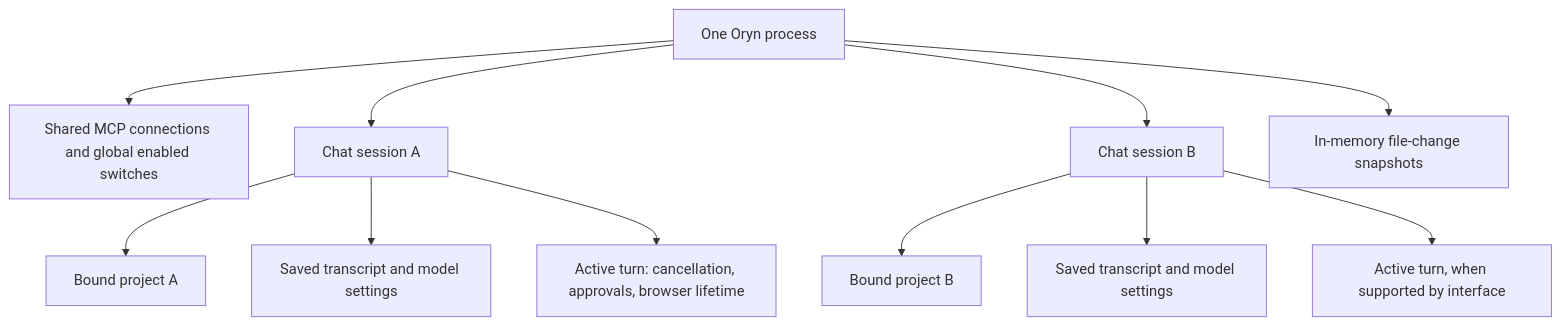
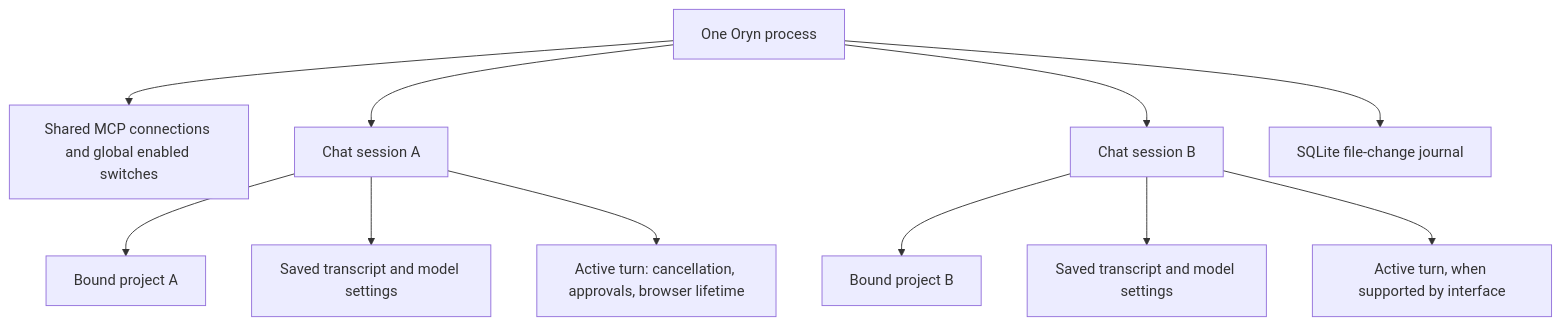
The fourth of 4 diagrams in src/docs/architecture.md (MetalCloth/mini-hermes), drawn with Mermaid before and after one commit. The commit also changed other lines of this file and 35 other files, not shown here.

````diff
--- a/src/docs/architecture.md
+++ b/src/docs/architecture.md
@@ -178,13 +180,13 @@
 ```mermaid
 flowchart TD
     A["One Oryn process"] --> G["Shared MCP connections and global enabled switches"]
     A --> S1["Chat session A"]
     A --> S2["Chat session B"]
     S1 --> P1["Bound project A"]
     S1 --> H1["Saved transcript and model settings"]
     S2 --> P2["Bound project B"]
     S2 --> H2["Saved transcript and model settings"]
     S1 --> T1["Active turn: cancellation, approvals, browser lifetime"]
     S2 --> T2["Active turn, when supported by interface"]
-    A --> U["In-memory file-change snapshots"]
+    A --> U["SQLite file-change journal"]
 ```
````
